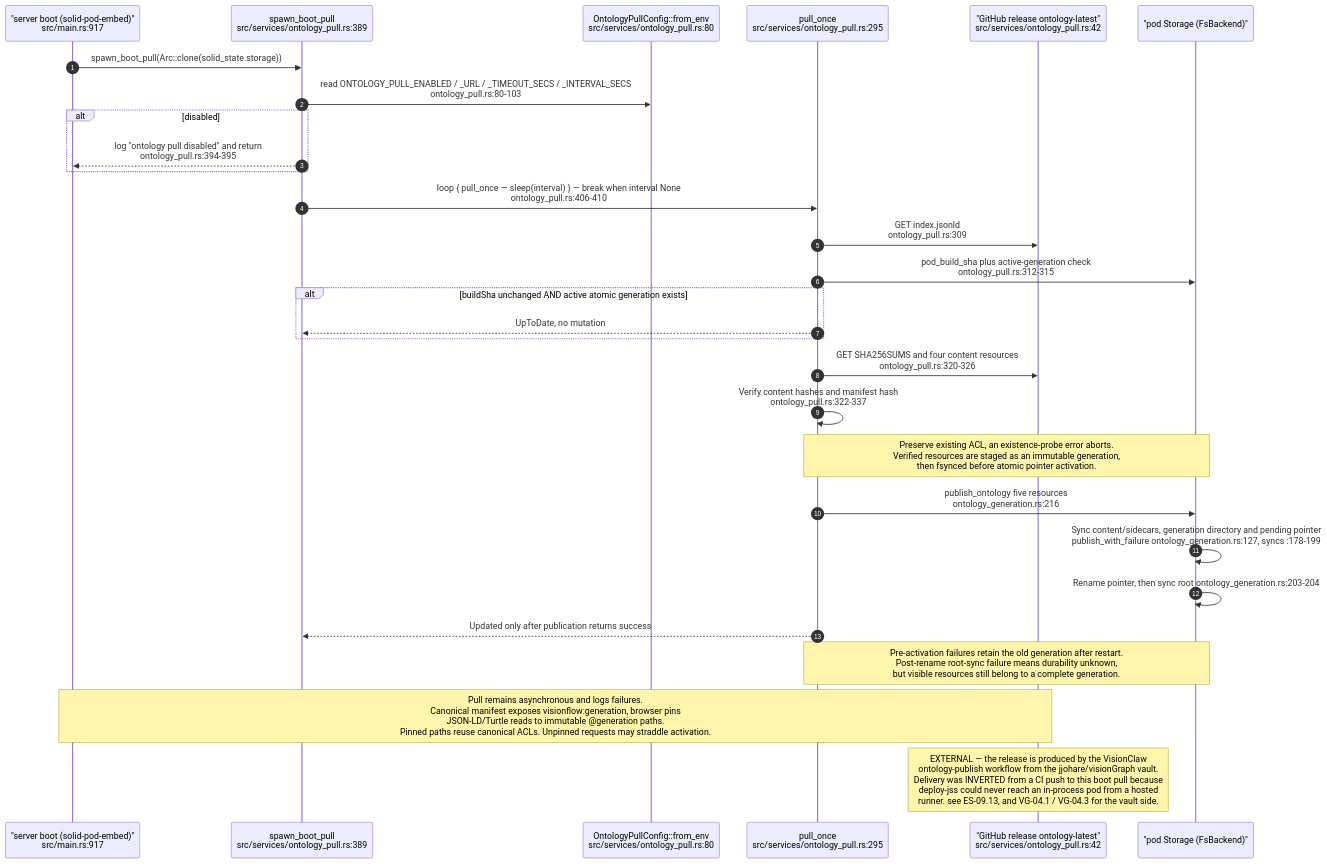
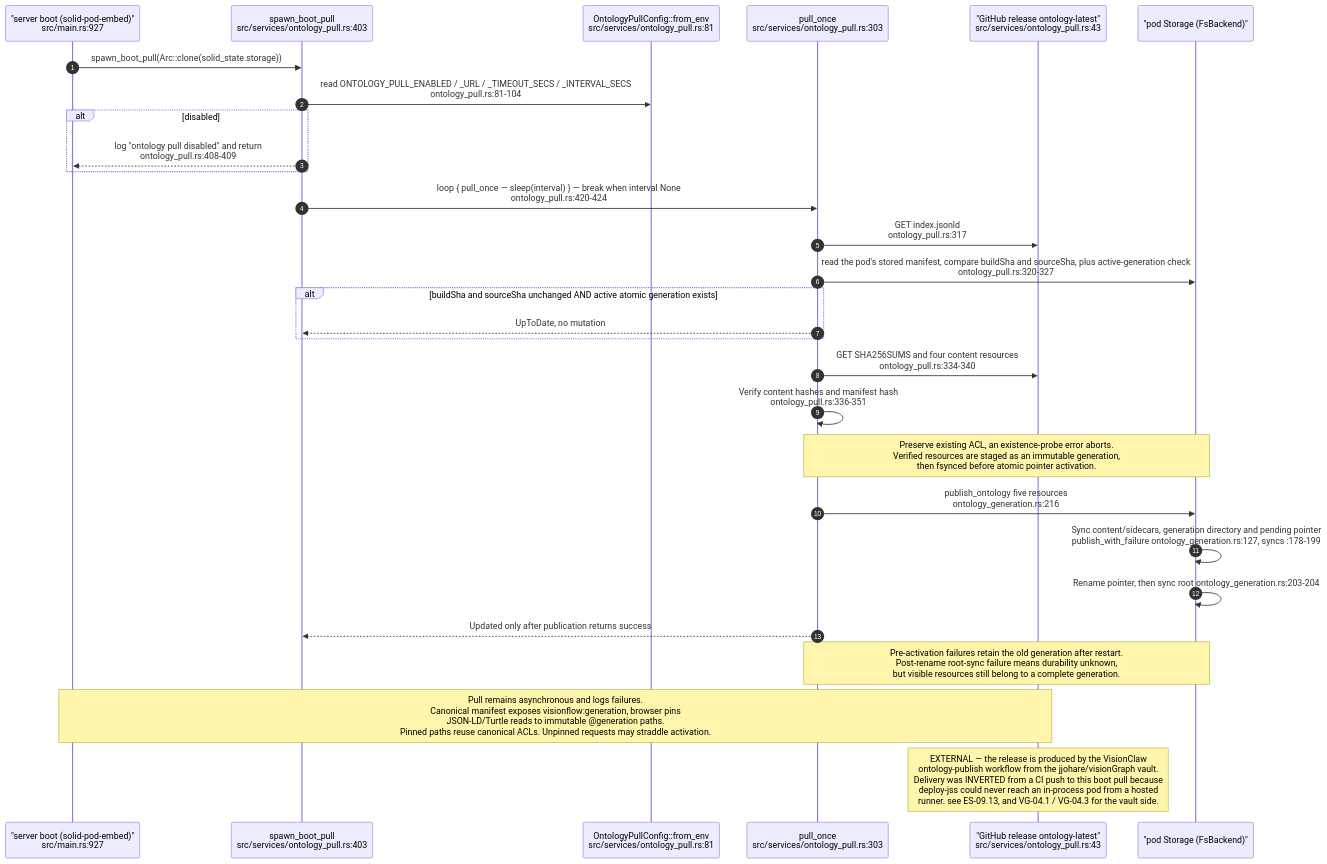
One commit to DreamLab-AI/VisionFlow changed diagram 11 of 13 in docs/diagrams/estate/08-solid-pod-estate.md. Above: the diagram before and after it, drawn with Mermaid. The commit also changed other lines of this file and 49 other files, not shown here.

First line of the commit message:
docs(diagrams): re-derive and re-stamp VisionClaw, estate, knowledge-graph, visionGraph, VisionFlow and sidestr topics

````diff
--- a/docs/diagrams/estate/08-solid-pod-estate.md
+++ b/docs/diagrams/estate/08-solid-pod-estate.md
@@ -480,32 +480,32 @@
 ```mermaid
 sequenceDiagram
     autonumber
-    participant M as "server boot (solid-pod-embed)"<br/>src/main.rs:917
-    participant SP as spawn_boot_pull<br/>src/services/ontology_pull.rs:389
-    participant CFG as OntologyPullConfig::from_env<br/>src/services/ontology_pull.rs:80
-    participant P1 as pull_once<br/>src/services/ontology_pull.rs:295
-    participant REL as "GitHub release ontology-latest"<br/>src/services/ontology_pull.rs:42
+    participant M as "server boot (solid-pod-embed)"<br/>src/main.rs:927
+    participant SP as spawn_boot_pull<br/>src/services/ontology_pull.rs:403
+    participant CFG as OntologyPullConfig::from_env<br/>src/services/ontology_pull.rs:81
+    participant P1 as pull_once<br/>src/services/ontology_pull.rs:303
+    participant REL as "GitHub release ontology-latest"<br/>src/services/ontology_pull.rs:43
     participant ST as "pod Storage (FsBackend)"
 
     M->>SP: spawn_boot_pull(Arc::clone(solid_state.storage))
-    SP->>CFG: read ONTOLOGY_PULL_ENABLED / _URL / _TIMEOUT_SECS / _INTERVAL_SECS<br/>ontology_pull.rs:80-103
+    SP->>CFG: read ONTOLOGY_PULL_ENABLED / _URL / _TIMEOUT_SECS / _INTERVAL_SECS<br/>ontology_pull.rs:81-104
     alt disabled
-        SP-->>M: log "ontology pull disabled" and return<br/>ontology_pull.rs:394-395
+        SP-->>M: log "ontology pull disabled" and return<br/>ontology_pull.rs:408-409
     end
-    SP->>P1: loop { pull_once — sleep(interval) } — break when interval None<br/>ontology_pull.rs:406-410
-    P1->>REL: GET index.jsonld<br/>ontology_pull.rs:309
-    P1->>ST: pod_build_sha plus active-generation check<br/>ontology_pull.rs:312-315
-    alt buildSha unchanged AND active atomic generation exists
+    SP->>P1: loop { pull_once — sleep(interval) } — break when interval None<br/>ontology_pull.rs:420-424
+    P1->>REL: GET index.jsonld<br/>ontology_pull.rs:317
+    P1->>ST: read the pod's stored manifest, compare buildSha and sourceSha, plus active-generation check<br/>ontology_pull.rs:320-327
+    alt buildSha and sourceSha unchanged AND active atomic generation exists
         P1-->>SP: UpToDate, no mutation
     end
-    P1->>REL: GET SHA256SUMS and four content resources<br/>ontology_pull.rs:320-326
-    P1->>P1: Verify content hashes and manifest hash<br/>ontology_pull.rs:322-337
+    P1->>REL: GET SHA256SUMS and four content resources<br/>ontology_pull.rs:334-340
+    P1->>P1: Verify content hashes and manifest hash<br/>ontology_pull.rs:336-351
     Note over P1,ST: Preserve existing ACL, an existence-probe error aborts.<br/>Verified resources are staged as an immutable generation,<br/>then fsynced before atomic pointer activation.
     P1->>ST: publish_ontology five resources<br/>ontology_generation.rs:216
     ST->>ST: Sync content/sidecars, generation directory and pending pointer<br/>publish_with_failure ontology_generation.rs:127, syncs :178-199
     ST->>ST: Rename pointer, then sync root ontology_generation.rs:203-204
     P1-->>SP: Updated only after publication returns success
     Note over P1,ST: Pre-activation failures retain the old generation after restart.<br/>Post-rename root-sync failure means durability unknown,<br/>but visible resources still belong to a complete generation.
     Note over M,REL: Pull remains asynchronous and logs failures.<br/>Canonical manifest exposes visionflow:generation, browser pins<br/>JSON-LD/Turtle reads to immutable @generation paths.<br/>Pinned paths reuse canonical ACLs. Unpinned requests may straddle activation.
     Note over REL: EXTERNAL — the release is produced by the VisionClaw<br/>ontology-publish workflow from the jjohare/visionGraph vault.<br/>Delivery was INVERTED from a CI push to this boot pull because<br/>deploy-jss could never reach an in-process pod from a hosted<br/>runner. see ES-09.13, and VG-04.1 / VG-04.3 for the vault side.
 ```
````
